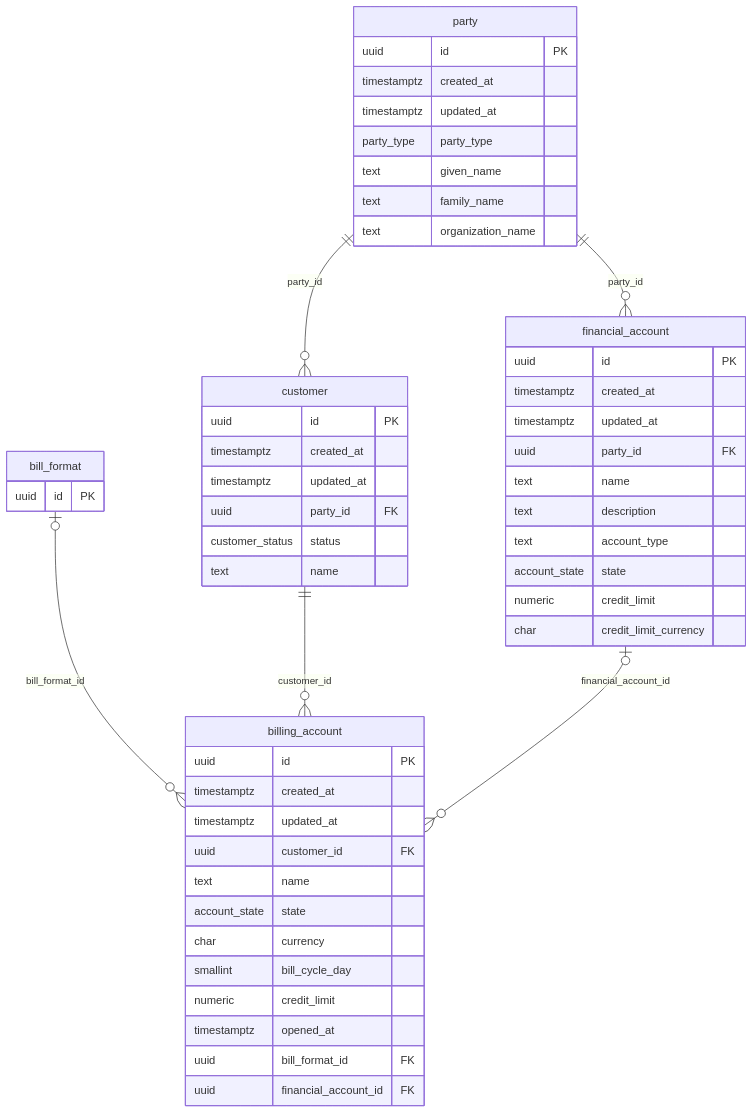
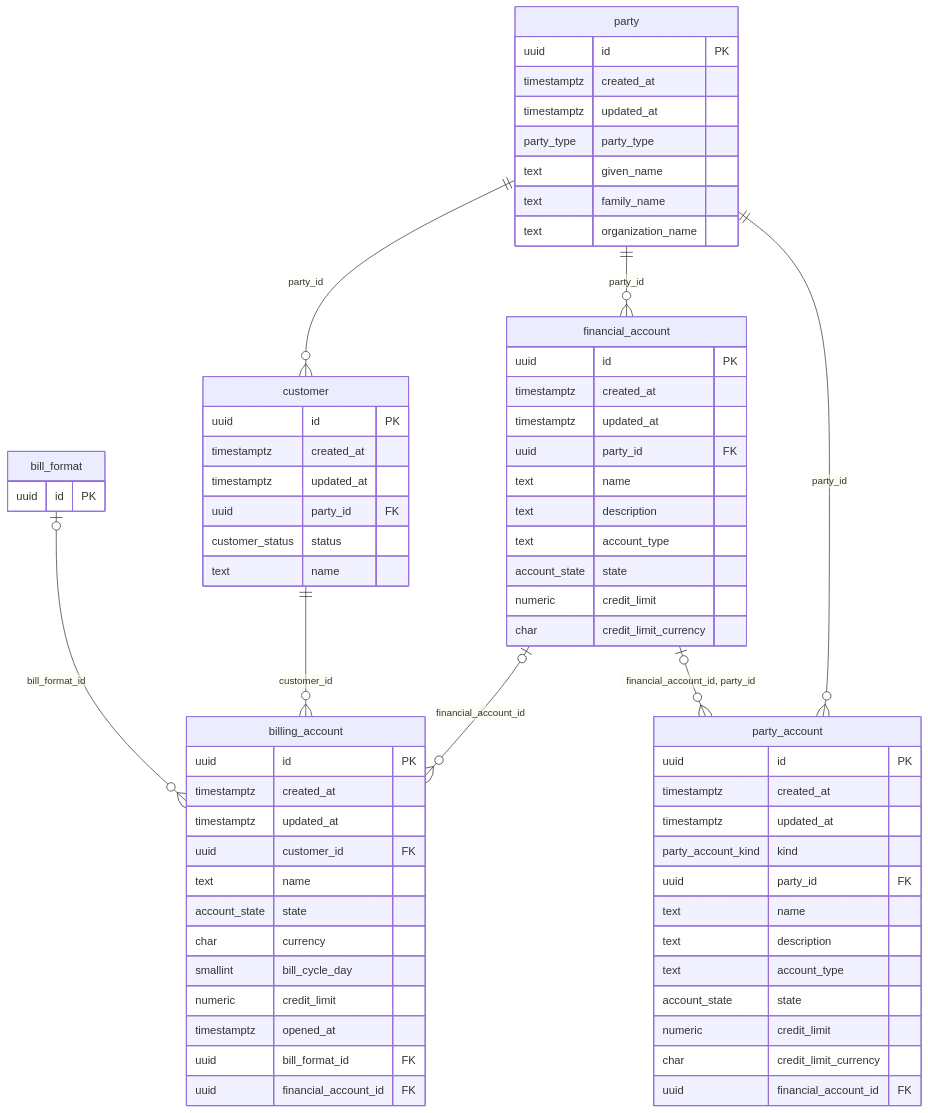
The second of 7 diagrams in docs/db/README.md (altharmz/bss), drawn with Mermaid before and after one commit. The commit also changed other lines of this file and 23 other files, not shown here.

````diff
--- a/docs/db/README.md
+++ b/docs/db/README.md
@@ -139,54 +143,70 @@
 ```mermaid
 erDiagram
   party {
     uuid id PK
     timestamptz created_at
     timestamptz updated_at
     party_type party_type
     text given_name
     text family_name
     text organization_name
   }
   customer {
     uuid id PK
     timestamptz created_at
     timestamptz updated_at
     uuid party_id FK
     customer_status status
     text name
   }
   billing_account {
     uuid id PK
     timestamptz created_at
     timestamptz updated_at
     uuid customer_id FK
     text name
     account_state state
     char currency
     smallint bill_cycle_day
     numeric credit_limit
     timestamptz opened_at
     uuid bill_format_id FK
     uuid financial_account_id FK
   }
   financial_account {
     uuid id PK
     timestamptz created_at
     timestamptz updated_at
     uuid party_id FK
     text name
     text description
     text account_type
     account_state state
     numeric credit_limit
     char credit_limit_currency
   }
+  party_account {
+    uuid id PK
+    timestamptz created_at
+    timestamptz updated_at
+    party_account_kind kind
+    uuid party_id FK
+    text name
+    text description
+    text account_type
+    account_state state
+    numeric credit_limit
+    char credit_limit_currency
+    uuid financial_account_id FK
+  }
   bill_format {
     uuid id PK
   }
   bill_format |o--o{ billing_account : "bill_format_id"
   customer ||--o{ billing_account : "customer_id"
   financial_account |o--o{ billing_account : "financial_account_id"
+  financial_account |o--o{ party_account : "financial_account_id, party_id"
   party ||--o{ customer : "party_id"
   party ||--o{ financial_account : "party_id"
+  party ||--o{ party_account : "party_id"
 ```
````
